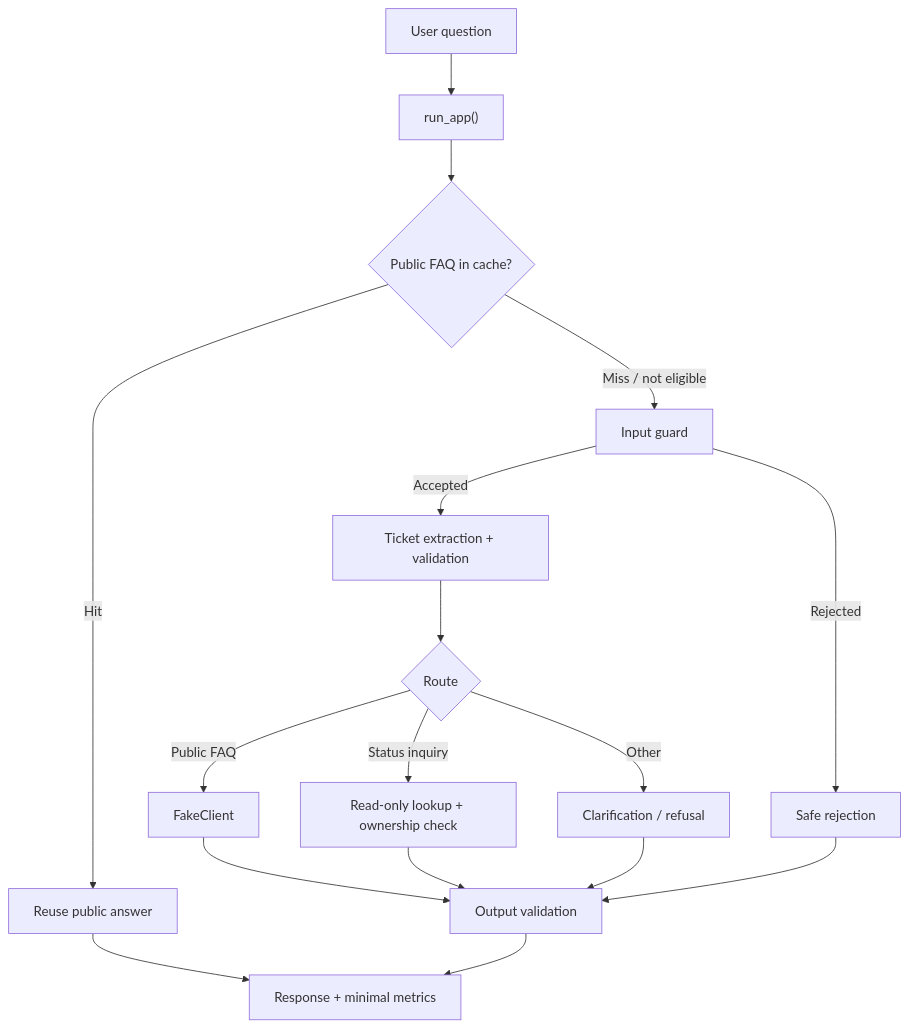
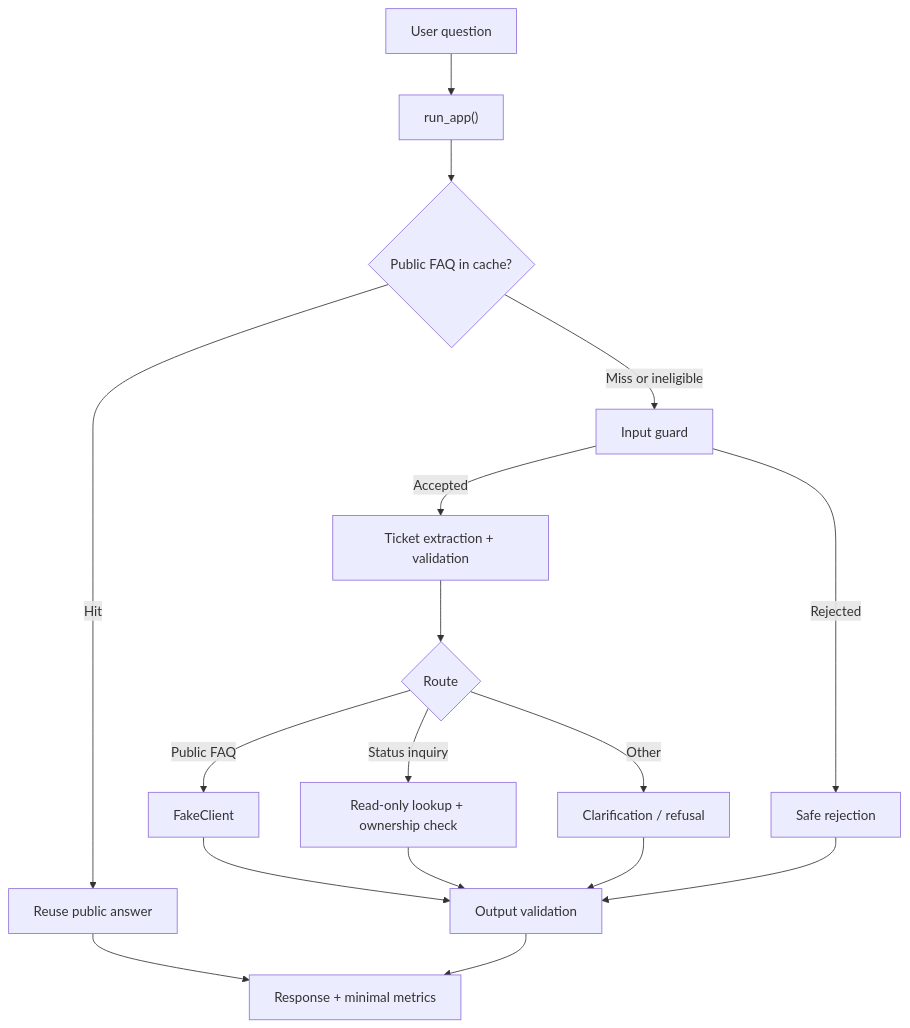
One commit to gamaraljaliy/Murshid_Gamar_Sadaia changed the diagram in README.md. Above: the diagram before and after it, drawn with Mermaid.

Commit message:
docs: standardize architecture diagram link labels

````diff
--- a/README.md
+++ b/README.md
@@ -24,19 +24,19 @@
 ```mermaid
 flowchart TD
     A["User question"] --> B["run_app()"]
     B --> C{"Public FAQ in cache?"}
-    C -- Hit --> D["Reuse public answer"]
-    C -- Miss / not eligible --> E["Input guard"]
-    E -- Rejected --> F["Safe rejection"]
-    E -- Accepted --> G["Ticket extraction + validation"]
+    C -->|Hit| D["Reuse public answer"]
+    C -->|Miss or ineligible| E["Input guard"]
+    E -->|Rejected| F["Safe rejection"]
+    E -->|Accepted| G["Ticket extraction + validation"]
     G --> H{"Route"}
-    H -- Public FAQ --> I["FakeClient"]
-    H -- Status inquiry --> J["Read-only lookup + ownership check"]
-    H -- Other --> K["Clarification / refusal"]
+    H -->|Public FAQ| I["FakeClient"]
+    H -->|Status inquiry| J["Read-only lookup + ownership check"]
+    H -->|Other| K["Clarification / refusal"]
     I --> L["Output validation"]
     J --> L
     K --> L
     F --> L
     D --> M["Response + minimal metrics"]
     L --> M
 ```
````
